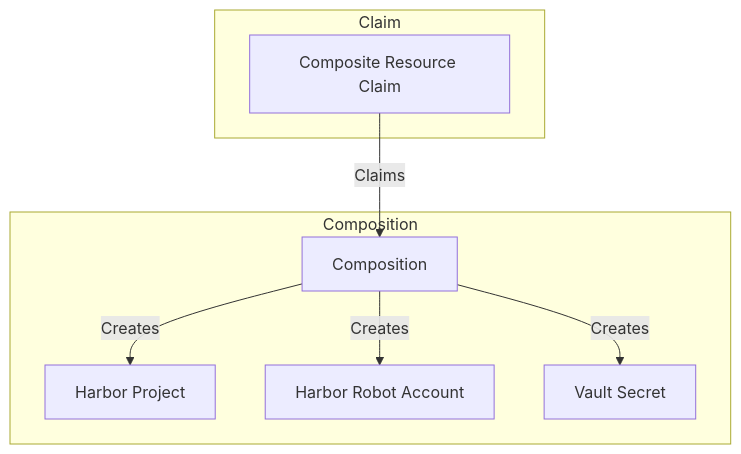
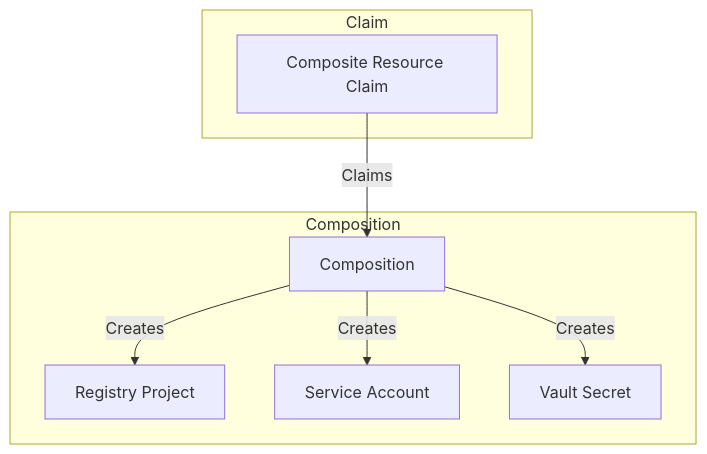
The third of 5 diagrams in docs/platform/rfcs/iam/07-gitops-integration.md (ProficientnowTech/pn-platform), drawn with Mermaid before and after one commit. The commit also changed other lines of this file and 16 other files, not shown here.

````diff
--- a/docs/platform/rfcs/iam/07-gitops-integration.md
+++ b/docs/platform/rfcs/iam/07-gitops-integration.md
@@ -154,18 +203,18 @@
 ```mermaid
 flowchart TB
     subgraph Claim
         XR[Composite Resource Claim]
     end
 
     subgraph Composition
         COMP[Composition]
-        R1[Harbor Project]
-        R2[Harbor Robot Account]
+        R1[Registry Project]
+        R2[Service Account]
         R3[Vault Secret]
     end
 
     XR -->|Claims| COMP
     COMP -->|Creates| R1
     COMP -->|Creates| R2
     COMP -->|Creates| R3
 ```
````
